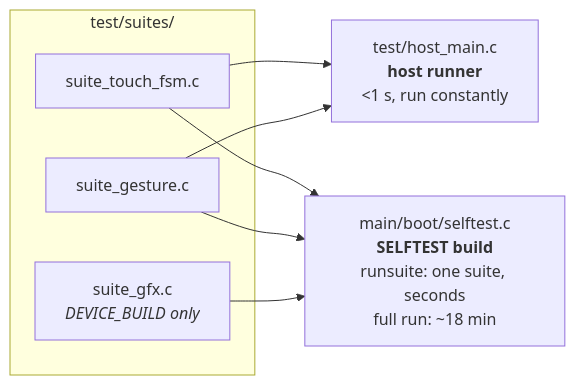
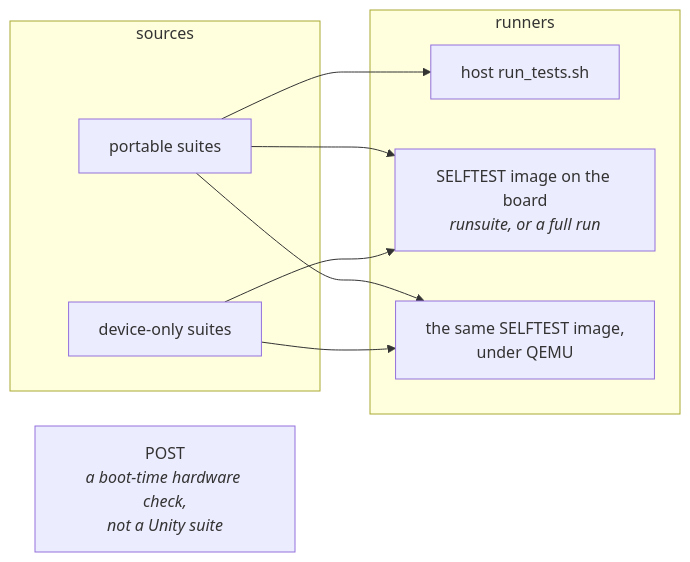
Before and after one commit to jose-villegas/autana: the first of 2 diagrams in docs/Testing-Guide.md, drawn with Mermaid. The commit also changed other lines of this file and 5 other files, not shown here.

````diff
--- a/docs/Testing-Guide.md
+++ b/docs/Testing-Guide.md
@@ -84,11 +89,21 @@
 ```mermaid
 flowchart LR
-    subgraph shared["test/suites/"]
-        S1["suite_touch_fsm.c"]
-        S2["suite_gesture.c"]
-        S3["suite_gfx.c<br/><i>DEVICE_BUILD only</i>"]
+    subgraph sources["sources"]
+        Portable["portable suites"]
+        DeviceOnly["device-only suites"]
     end
 
-    S1 & S2 --> HOST["test/host_main.c<br/><b>host runner</b><br/>&lt;1 s, run constantly"]
-    S1 & S2 & S3 --> DEV["main/boot/selftest.c<br/><b>SELFTEST build</b><br/>runsuite: one suite, seconds<br/>full run: ~18 min"]
+    subgraph runners["runners"]
+        Host["host run_tests.sh"]
+        Board["SELFTEST image on the board<br/><i>runsuite, or a full run</i>"]
+        Qemu["the same SELFTEST image,<br/>under QEMU"]
+    end
+
+    Portable --> Host
+    Portable --> Board
+    Portable --> Qemu
+    DeviceOnly --> Board
+    DeviceOnly --> Qemu
+
+    POST["POST<br/><i>a boot-time hardware check,<br/>not a Unity suite</i>"]
 ```
````
